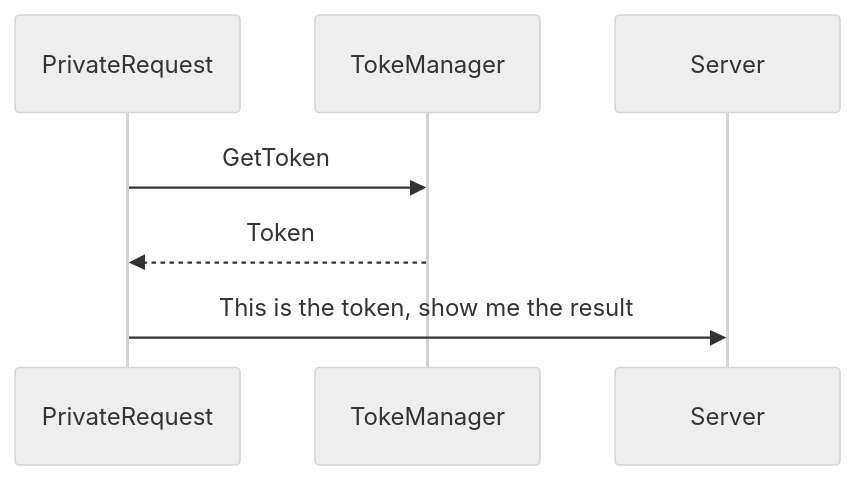
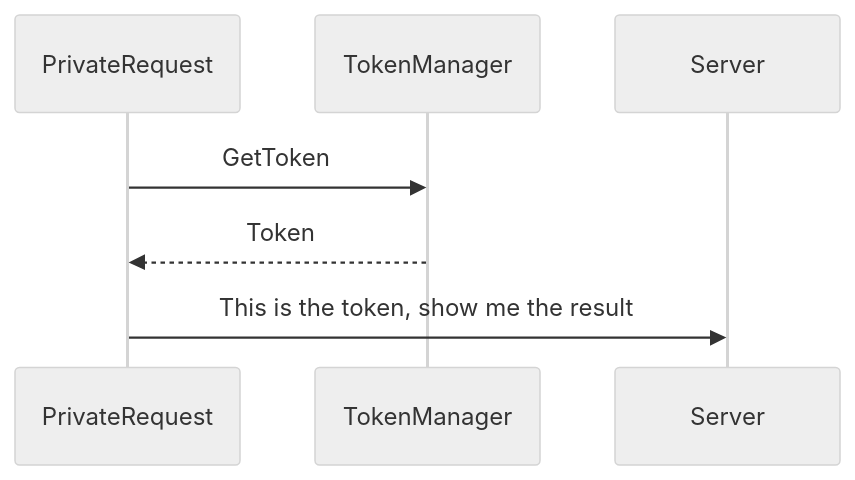
One commit to hunghg255/template-docusaurus changed the first of 2 diagrams in docs/request/authorized_request.md. Above: the diagram before and after it, drawn with Mermaid (neutral theme).

````diff
--- a/docs/request/authorized_request.md
+++ b/docs/request/authorized_request.md
@@ -8,6 +8,6 @@
 ```mermaid
 sequenceDiagram
-    PrivateRequest->>TokeManager: GetToken
-    TokeManager-->>PrivateRequest: Token
+    PrivateRequest->>TokenManager: GetToken
+    TokenManager-->>PrivateRequest: Token
     PrivateRequest->>Server: This is the token, show me the result
 ```
````
